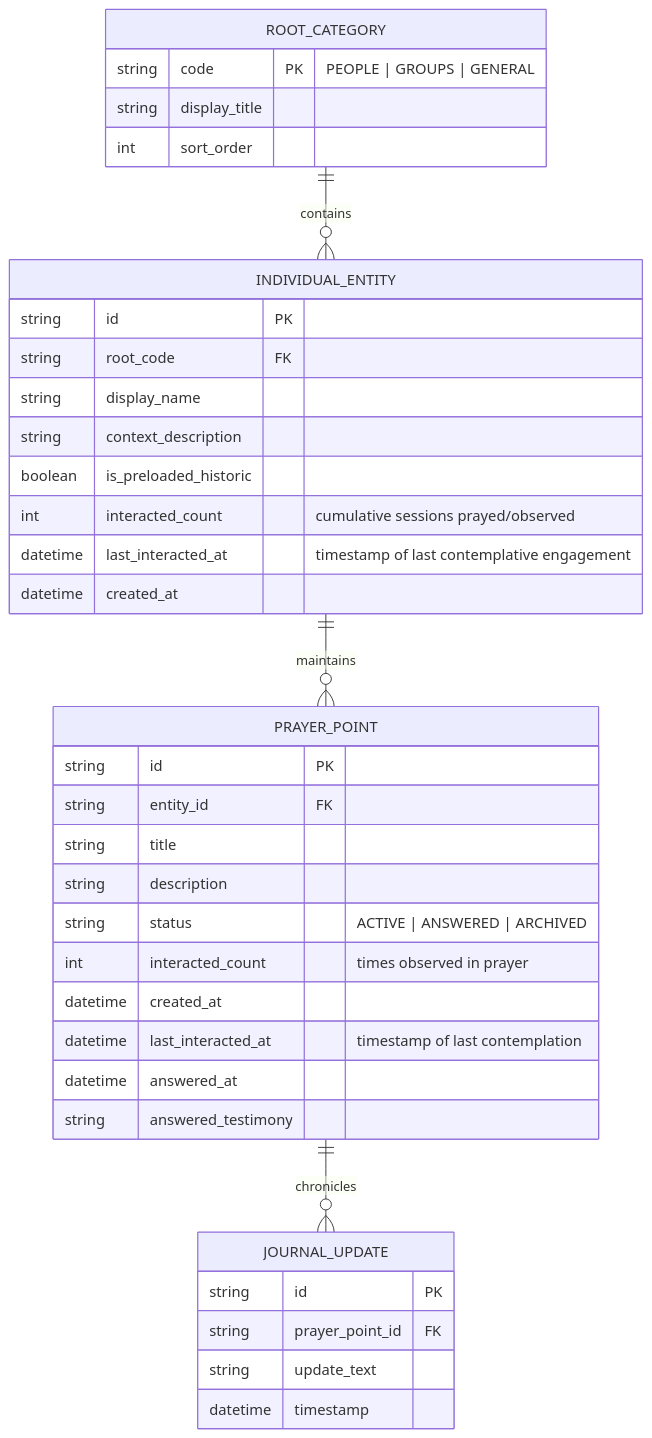
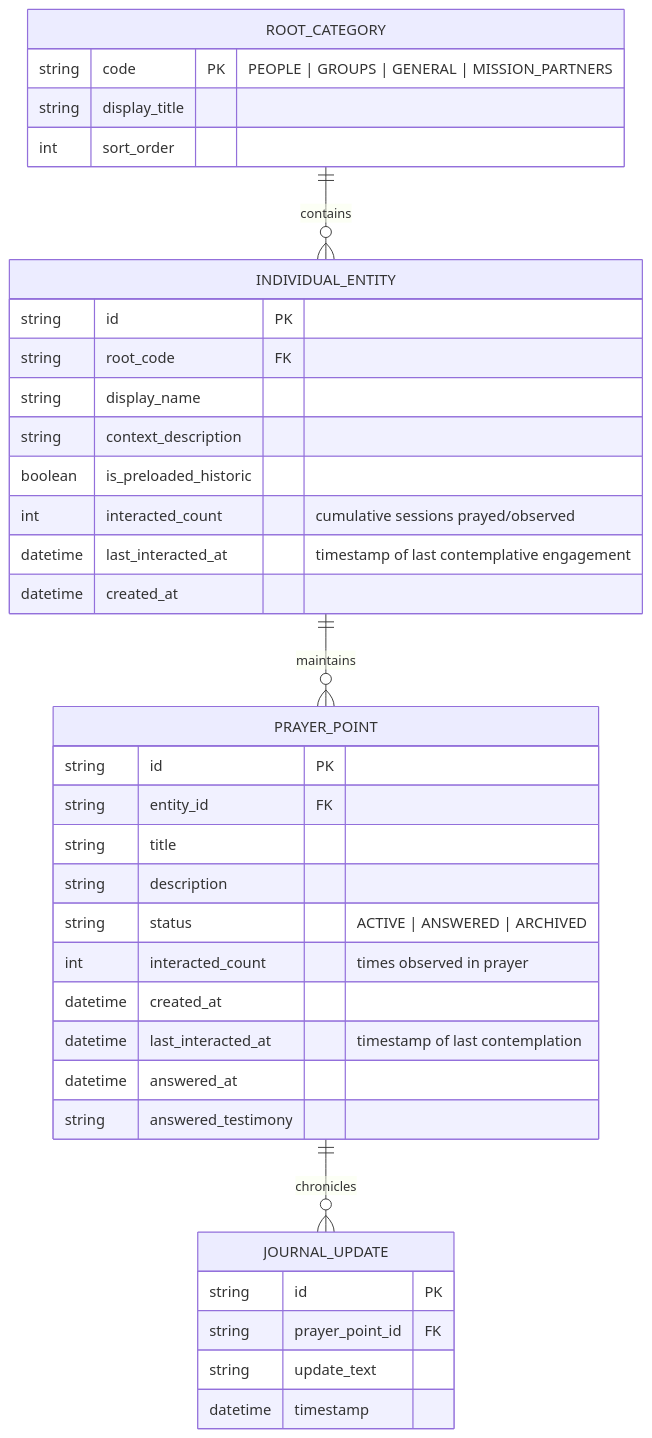
One commit to iamenianc/Prayer changed the first of 2 diagrams in planning/technical.md. Above: the diagram before and after it, drawn with Mermaid. The commit also changed other lines of this file and 15 other files, not shown here.

Commit message:
feat: add Mission Partners root category and relax card clause template to natural telegraphic phrasing

````diff
--- a/planning/technical.md
+++ b/planning/technical.md
@@ -23,40 +24,40 @@
 ```mermaid
 erDiagram
     ROOT_CATEGORY ||--o{ INDIVIDUAL_ENTITY : "contains"
     INDIVIDUAL_ENTITY ||--o{ PRAYER_POINT : "maintains"
     PRAYER_POINT ||--o{ JOURNAL_UPDATE : "chronicles"
 
     ROOT_CATEGORY {
-        string code PK "PEOPLE | GROUPS | GENERAL"
+        string code PK "PEOPLE | GROUPS | GENERAL | MISSION_PARTNERS"
         string display_title
         int sort_order
     }
     INDIVIDUAL_ENTITY {
         string id PK
         string root_code FK
         string display_name
         string context_description
         boolean is_preloaded_historic
         int interacted_count "cumulative sessions prayed/observed"
         datetime last_interacted_at "timestamp of last contemplative engagement"
         datetime created_at
     }
     PRAYER_POINT {
         string id PK
         string entity_id FK
         string title
         string description
         string status "ACTIVE | ANSWERED | ARCHIVED"
         int interacted_count "times observed in prayer"
         datetime created_at
         datetime last_interacted_at "timestamp of last contemplation"
         datetime answered_at
         string answered_testimony
     }
     JOURNAL_UPDATE {
         string id PK
         string prayer_point_id FK
         string update_text
         datetime timestamp
     }
 ```
````
